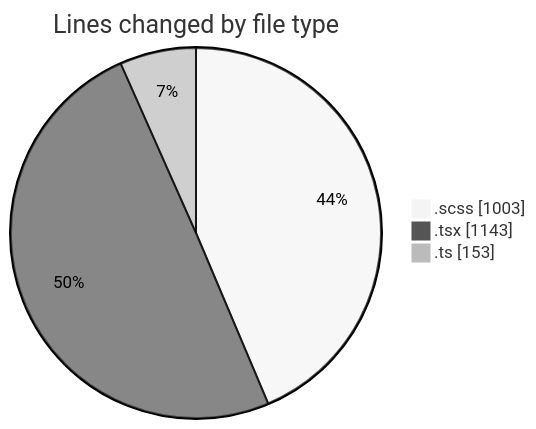
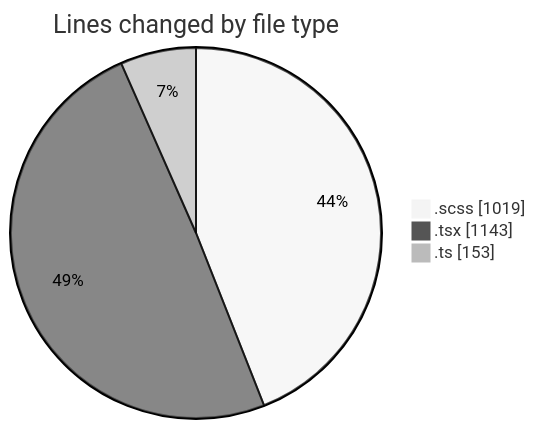
The first of 2 diagrams in 2025-03-28/cda/README.md (momahboobian/code-tracking), drawn with Mermaid (neutral theme) before and after one commit. The commit also changed other lines of this file and 1 other file, not shown here.

````diff
--- a/2025-03-28/cda/README.md
+++ b/2025-03-28/cda/README.md
@@ -26,7 +26,7 @@
 ```mermaid
 pie showData
 title Lines changed by file type
-".scss" : 1003
+".scss" : 1019
 ".tsx" : 1143
 ".ts" : 153
 ```
````
